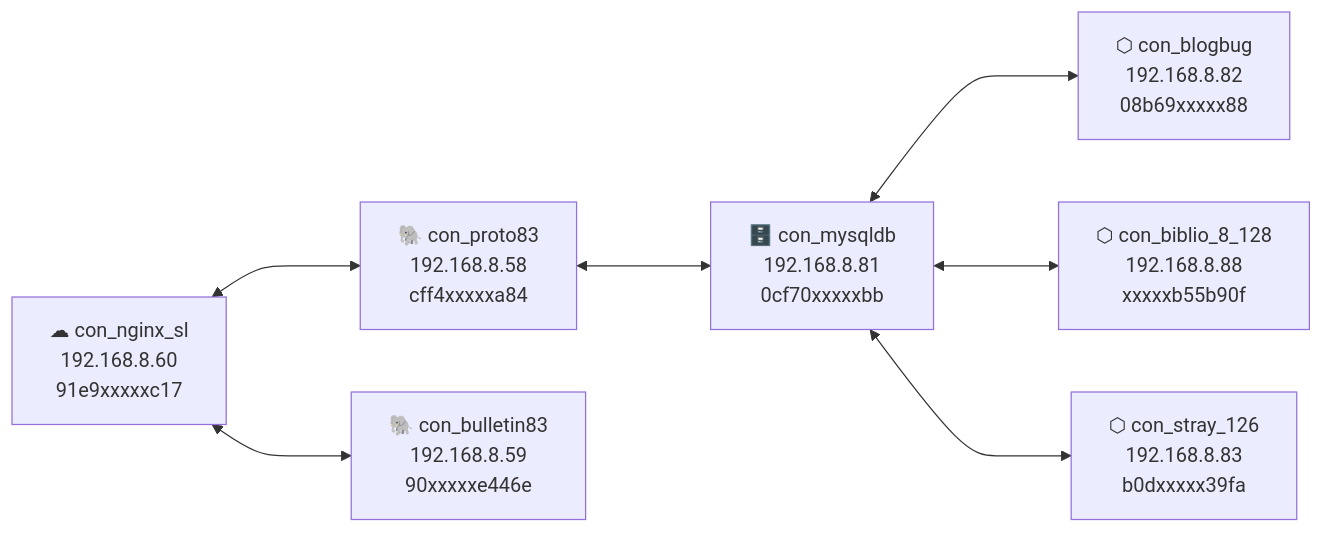
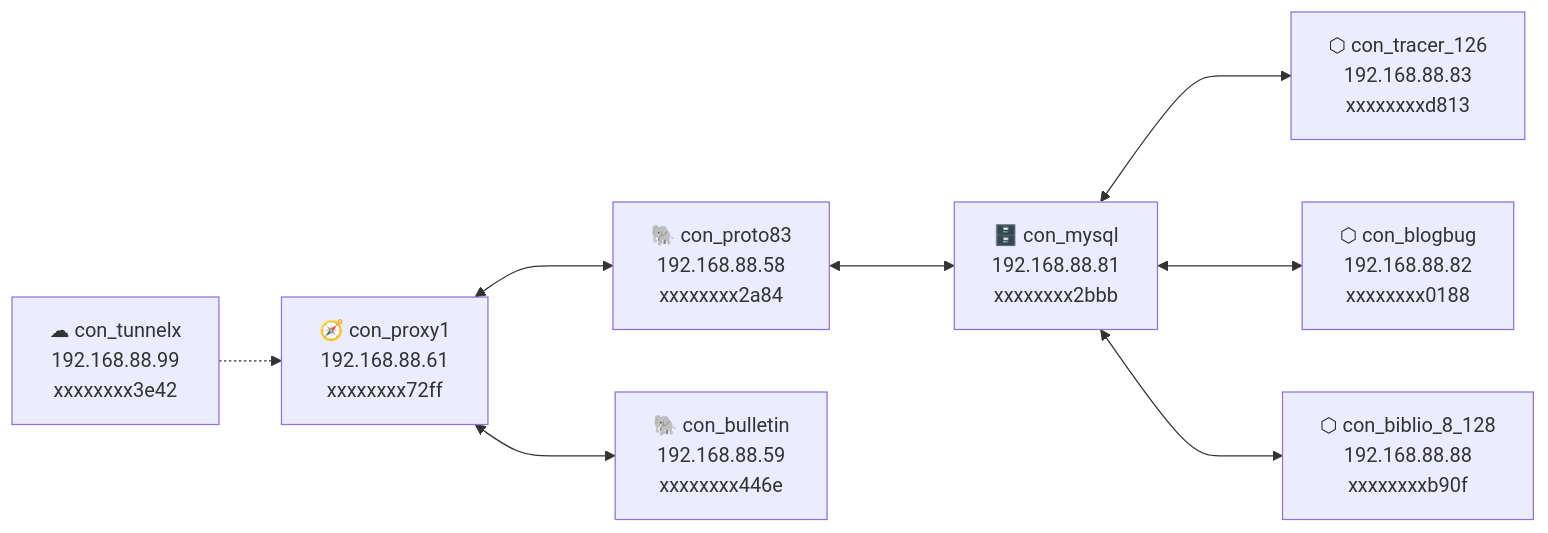
One commit to dtr-kalfer/DockerJelly changed the diagram in README.md. Above: the diagram before and after it, drawn with Mermaid. The commit also changed other lines of this file and 2 other files, not shown here.

Commit message:
updated: ascii_diagram2.webp, readme.md

````diff
--- a/README.md
+++ b/README.md
@@ -109,10 +110,11 @@
 ```mermaid
 flowchart LR
-A[☁︎ con_nginx_sl<br>192.168.8.60<br>91e9xxxxxc17]
-A <---> B[🐘 con_proto83<br>192.168.8.58<br>cff4xxxxxa84]
-A <---> C[🐘 con_bulletin83<br>192.168.8.59<br>90xxxxxe446e]
-B <---> D[🗄️ con_mysqldb<br>192.168.8.81<br>0cf70xxxxxbb]
-D <---> E[⬡︎ con_blogbug<br>192.168.8.82<br>08b69xxxxx88]
-D <---> F[⬡︎ con_biblio_8_128<br>192.168.8.88<br>xxxxxb55b90f]
-D <---> G[⬡︎ con_stray_126<br>192.168.8.83<br>b0dxxxxx39fa]
+A[☁︎ con_tunnelx<br>192.168.88.99<br>xxxxxxxx3e42]
+A -.-> B[🧭 con_proxy1<br>192.168.88.61<br>xxxxxxxx72ff]
+B <---> C[🐘 con_proto83<br>192.168.88.58<br>xxxxxxxx2a84]
+B <---> D[🐘 con_bulletin<br>192.168.88.59<br>xxxxxxxx446e]
+C <---> E[🗄️ con_mysql<br>192.168.88.81<br>xxxxxxxx2bbb]
+E <---> F[⬡︎ con_tracer_126<br>192.168.88.83<br>xxxxxxxxd813]
+E <---> G[⬡︎ con_blogbug<br>192.168.88.82<br>xxxxxxxx0188]
+E <---> H[⬡︎ con_biblio_8_128<br>192.168.88.88<br>xxxxxxxxb90f]
 ```
````
